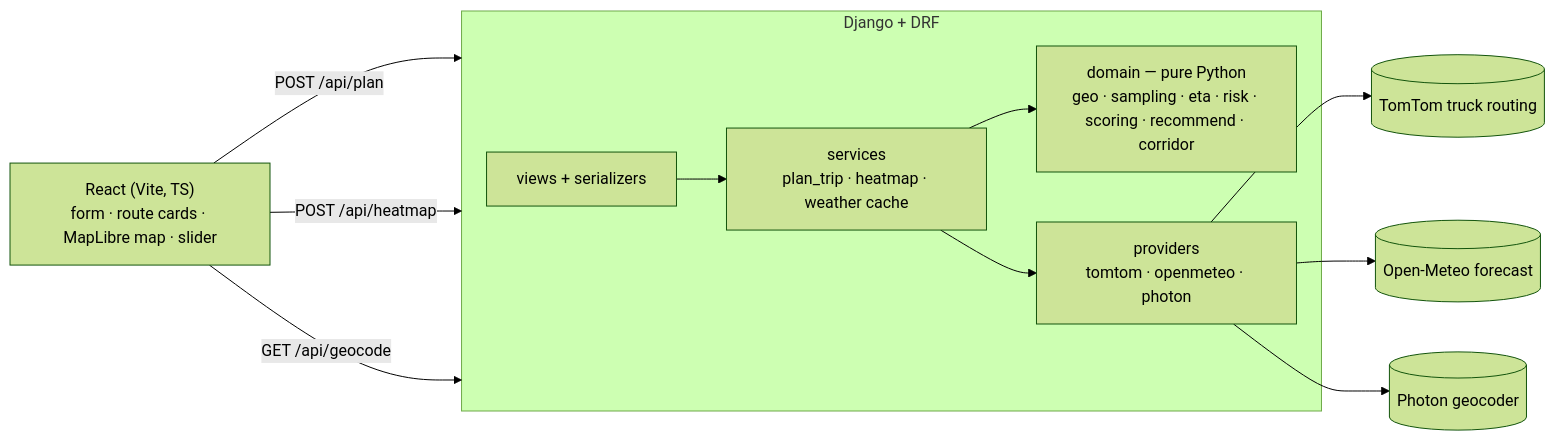
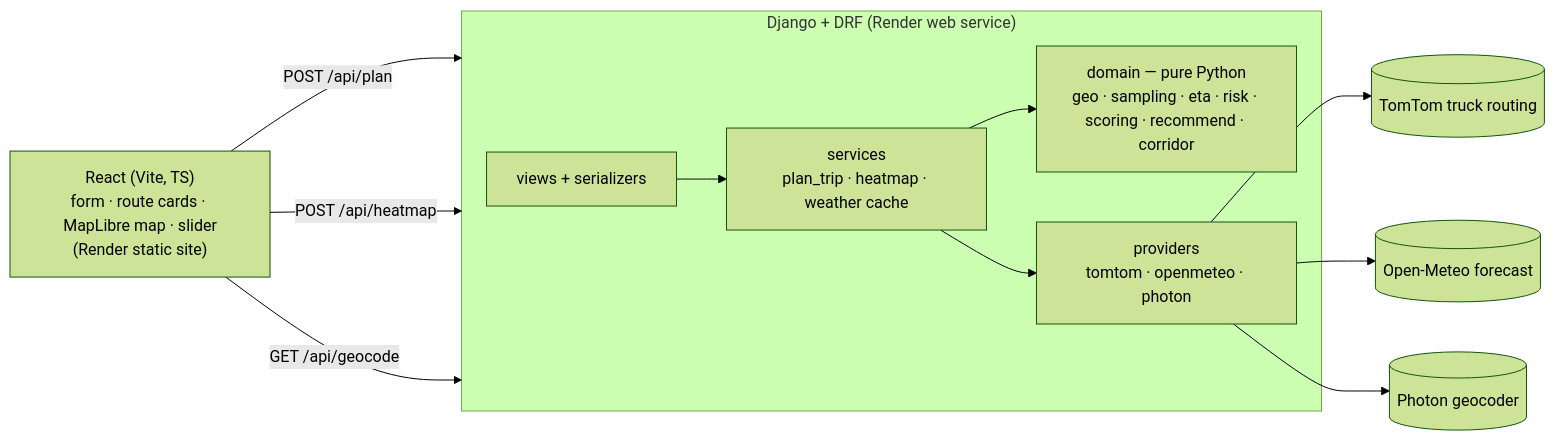
The diagram in README.md (murtuza777/spotter_labs_assessment), drawn with Mermaid (forest theme) before and after one commit. The commit also changed other lines of this file and 7 other files, not shown here.

First line of the commit message:
build: host the frontend on Render too (static site in the same Blueprint)

````diff
--- a/README.md
+++ b/README.md
@@ -43,14 +43,14 @@
 ```mermaid
 flowchart LR
-  UI["React (Vite, TS)<br/>form · route cards · MapLibre map · slider"] -->|POST /api/plan| API
+  UI["React (Vite, TS)<br/>form · route cards · MapLibre map · slider<br/>(Render static site)"] -->|POST /api/plan| API
   UI -->|POST /api/heatmap| API
   UI -->|GET /api/geocode| API
-  subgraph API["Django + DRF"]
+  subgraph API["Django + DRF (Render web service)"]
     V[views + serializers] --> S[services<br/>plan_trip · heatmap · weather cache]
     S --> D[domain — pure Python<br/>geo · sampling · eta · risk · scoring · recommend · corridor]
     S --> P[providers<br/>tomtom · openmeteo · photon]
   end
   P --> TT[(TomTom truck routing)]
   P --> OM[(Open-Meteo forecast)]
   P --> PH[(Photon geocoder)]
 ```
````
